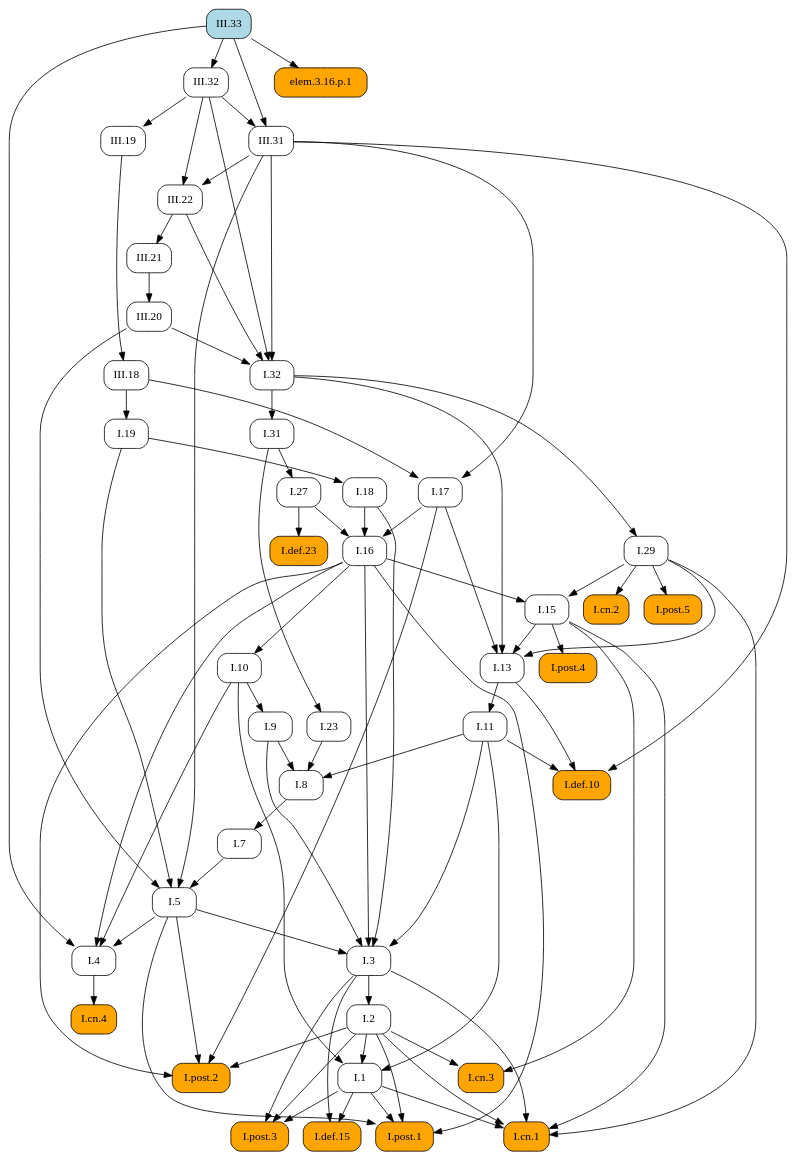
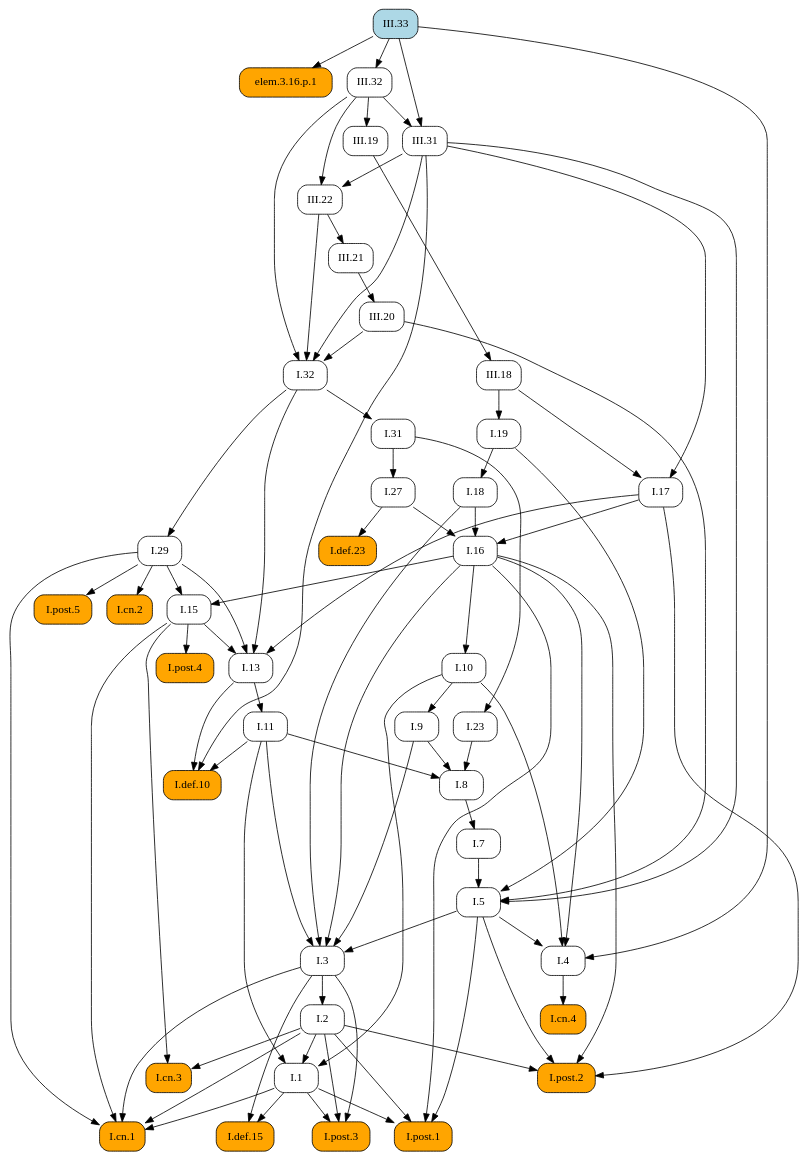
The diagram in docsrc/elements2/III/33/index.rst (geometor/elements), drawn with Graphviz before and after one commit. The commit also changed other lines of this file and 171 other files, not shown here.

```diff
--- a/docsrc/elements2/III/33/index.rst
+++ b/docsrc/elements2/III/33/index.rst
@@ -141,129 +141,129 @@
    digraph {
      rankdir="TB";
      node [shape=box, style=rounded];
+     "I.8" [URL="/elements2/I/8/", target="_top"];
+     "I.32" [URL="/elements2/I/32/", target="_top"];
+     "I.post.1" [style="rounded,filled", fillcolor=orange, URL="/elements2/I/post.1/", target="_top"];
+     "I.5" [URL="/elements2/I/5/", target="_top"];
+     "I.post.5" [style="rounded,filled", fillcolor=orange, URL="/elements2/I/post.5/", target="_top"];
      "I.def.10" [style="rounded,filled", fillcolor=orange, URL="/elements2/I/def.10/", target="_top"];
+     "I.cn.2" [style="rounded,filled", fillcolor=orange, URL="/elements2/I/cn.2/", target="_top"];
      "III.22" [URL="/elements2/III/22/", target="_top"];
-     "I.32" [URL="/elements2/I/32/", target="_top"];
+     "elem.3.16.p.1" [style="rounded,filled", fillcolor=orange];
+     "I.def.15" [style="rounded,filled", fillcolor=orange, URL="/elements2/I/def.15/", target="_top"];
      "III.31" [URL="/elements2/III/31/", target="_top"];
-     "III.33" [style="rounded,filled", fillcolor=lightblue, URL="/elements2/III/33/", target="_top"];
+     "I.31" [URL="/elements2/I/31/", target="_top"];
+     "I.11" [URL="/elements2/I/11/", target="_top"];
+     "I.post.2" [style="rounded,filled", fillcolor=orange, URL="/elements2/I/post.2/", target="_top"];
+     "I.3" [URL="/elements2/I/3/", target="_top"];
+     "I.def.23" [style="rounded,filled", fillcolor=orange, URL="/elements2/I/def.23/", target="_top"];
+     "I.19" [URL="/elements2/I/19/", target="_top"];
+     "I.1" [URL="/elements2/I/1/", target="_top"];
      "I.cn.4" [style="rounded,filled", fillcolor=orange, URL="/elements2/I/cn.4/", target="_top"];
-     "I.def.15" [style="rounded,filled", fillcolor=orange, URL="/elements2/I/def.15/", target="_top"];
-     "I.post.3" [style="rounded,filled", fillcolor=orange, URL="/elements2/I/post.3/", target="_top"];
-     "I.27" [URL="/elements2/I/27/", target="_top"];
-     "I.post.2" [style="rounded,filled", fillcolor=orange, URL="/elements2/I/post.2/", target="_top"];
+     "I.cn.3" [style="rounded,filled", fillcolor=orange, URL="/elements2/I/cn.3/", target="_top"];
+     "III.21" [URL="/elements2/III/21/", target="_top"];
+     "III.20" [URL="/elements2/III/20/", target="_top"];
+     "I.17" [URL="/elements2/I/17/", target="_top"];
+     "I.7" [URL="/elements2/I/7/", target="_top"];
+     "I.9" [URL="/elements2/I/9/", target="_top"];
+     "III.32" [URL="/elements2/III/32/", target="_top"];
+     "I.cn.1" [style="rounded,filled", fillcolor=orange, URL="/elements2/I/cn.1/", target="_top"];
+     "I.29" [URL="/elements2/I/29/", target="_top"];
+     "I.16" [URL="/elements2/I/16/", target="_top"];
+     "III.19" [URL="/elements2/III/19/", target="_top"];
      "I.13" [URL="/elements2/I/13/", target="_top"];
-     "I.10" [URL="/elements2/I/10/", target="_top"];
-     "I.post.1" [style="rounded,filled", fillcolor=orange, URL="/elements2/I/post.1/", target="_top"];
-     "I.7" [URL="/elements2/I/7/", target="_top"];
-     "III.19" [URL="/elements2/III/19/", target="_top"];
-     "I.11" [URL="/elements2/I/11/", target="_top"];
-     "I.4" [URL="/elements2/I/4/", target="_top"];
-     "elem.3.16.p.1" [style="rounded,filled", fillcolor=orange];
-     "I.16" [URL="/elements2/I/16/", target="_top"];
-     "III.32" [URL="/elements2/III/32/", target="_top"];
-     "I.def.23" [style="rounded,filled", fillcolor=orange, URL="/elements2/I/def.23/", target="_top"];
-     "I.9" [URL="/elements2/I/9/", target="_top"];
+     "I.post.4" [style="rounded,filled", fillcolor=orange, URL="/elements2/I/post.4/", target="_top"];
      "I.18" [URL="/elements2/I/18/", target="_top"];
      "I.2" [URL="/elements2/I/2/", target="_top"];
+     "I.27" [URL="/elements2/I/27/", target="_top"];
+     "I.4" [URL="/elements2/I/4/", target="_top"];
      "III.18" [URL="/elements2/III/18/", target="_top"];
+     "I.10" [URL="/elements2/I/10/", target="_top"];
+     "III.33" [style="rounded,filled", fillcolor=lightblue, URL="/elements2/III/33/", target="_top"];
      "I.15" [URL="/elements2/I/15/", target="_top"];
-     "I.cn.2" [style="rounded,filled", fillcolor=orange, URL="/elements2/I/cn.2/", target="_top"];
-     "III.21" [URL="/elements2/III/21/", target="_top"];
-     "I.post.5" [style="rounded,filled", fillcolor=orange, URL="/elements2/I/post.5/", target="_top"];
      "I.23" [URL="/elements2/I/23/", target="_top"];
-     "III.20" [URL="/elements2/III/20/", target="_top"];
-     "I.8" [URL="/elements2/I/8/", target="_top"];
-     "I.1" [URL="/elements2/I/1/", target="_top"];
-     "I.31" [URL="/elements2/I/31/", target="_top"];
-     "I.post.4" [style="rounded,filled", fillcolor=orange, URL="/elements2/I/post.4/", target="_top"];
-     "I.cn.1" [style="rounded,filled", fillcolor=orange, URL="/elements2/I/cn.1/", target="_top"];
-     "I.3" [URL="/elements2/I/3/", target="_top"];
-     "I.cn.3" [style="rounded,filled", fillcolor=orange, URL="/elements2/I/cn.3/", target="_top"];
-     "I.17" [URL="/elements2/I/17/", target="_top"];
-     "I.29" [URL="/elements2/I/29/", target="_top"];
-     "I.19" [URL="/elements2/I/19/", target="_top"];
-     "I.5" [URL="/elements2/I/5/", target="_top"];
-     "I.11" -> "I.def.10";
-     "I.13" -> "I.def.10";
-     "III.31" -> "I.def.10";
-     "III.31" -> "III.22";
-     "III.32" -> "III.22";
+     "I.post.3" [style="rounded,filled", fillcolor=orange, URL="/elements2/I/post.3/", target="_top"];
+     "I.9" -> "I.8";
+     "I.11" -> "I.8";
+     "I.23" -> "I.8";
      "III.20" -> "I.32";
      "III.22" -> "I.32";
      "III.31" -> "I.32";
      "III.32" -> "I.32";
+     "I.1" -> "I.post.1";
+     "I.2" -> "I.post.1";
+     "I.5" -> "I.post.1";
+     "I.16" -> "I.post.1";
+     "I.7" -> "I.5";
+     "I.19" -> "I.5";
+     "III.20" -> "I.5";
+     "III.31" -> "I.5";
+     "I.29" -> "I.post.5";
+     "I.11" -> "I.def.10";
+     "I.13" -> "I.def.10";
+     "III.31" -> "I.def.10";
+     "I.29" -> "I.cn.2";
+     "III.31" -> "III.22";
+     "III.32" -> "III.22";
+     "III.33" -> "elem.3.16.p.1";
+     "I.1" -> "I.def.15";
+     "I.3" -> "I.def.15";
      "III.32" -> "III.31";
      "III.33" -> "III.31";
-     "I.4" -> "I.cn.4";
-     "I.1" -> "I.def.15";
-     "I.3" -> "I.def.15";
-     "I.1" -> "I.post.3";
-     "I.2" -> "I.post.3";
-     "I.3" -> "I.post.3";
-     "I.31" -> "I.27";
+     "I.32" -> "I.31";
+     "I.13" -> "I.11";
      "I.2" -> "I.post.2";
      "I.5" -> "I.post.2";
      "I.16" -> "I.post.2";
      "I.17" -> "I.post.2";
-     "I.15" -> "I.13";
-     "I.17" -> "I.13";
-     "I.29" -> "I.13";
-     "I.32" -> "I.13";
-     "I.16" -> "I.10";
-     "I.1" -> "I.post.1";
-     "I.2" -> "I.post.1";
-     "I.5" -> "I.post.1";
-     "I.16" -> "I.post.1";
-     "I.8" -> "I.7";
-     "III.32" -> "III.19";
-     "I.13" -> "I.11";
-     "I.5" -> "I.4";
-     "I.10" -> "I.4";
-     "I.16" -> "I.4";
-     "III.33" -> "I.4";
-     "III.33" -> "elem.3.16.p.1";
-     "I.17" -> "I.16";
-     "I.18" -> "I.16";
-     "I.27" -> "I.16";
-     "III.33" -> "III.32";
+     "I.5" -> "I.3";
+     "I.9" -> "I.3";
+     "I.11" -> "I.3";
+     "I.16" -> "I.3";
+     "I.18" -> "I.3";
      "I.27" -> "I.def.23";
-     "I.10" -> "I.9";
-     "I.19" -> "I.18";
-     "I.3" -> "I.2";
-     "III.19" -> "III.18";
-     "I.16" -> "I.15";
-     "I.29" -> "I.15";
-     "I.29" -> "I.cn.2";
-     "III.22" -> "III.21";
-     "I.29" -> "I.post.5";
-     "I.31" -> "I.23";
-     "III.21" -> "III.20";
-     "I.9" -> "I.8";
-     "I.11" -> "I.8";
-     "I.23" -> "I.8";
+     "III.18" -> "I.19";
      "I.2" -> "I.1";
      "I.10" -> "I.1";
      "I.11" -> "I.1";
-     "I.32" -> "I.31";
-     "I.15" -> "I.post.4";
+     "I.4" -> "I.cn.4";
+     "I.2" -> "I.cn.3";
+     "I.15" -> "I.cn.3";
+     "III.22" -> "III.21";
+     "III.21" -> "III.20";
+     "III.18" -> "I.17";
+     "III.31" -> "I.17";
+     "I.8" -> "I.7";
+     "I.10" -> "I.9";
+     "III.33" -> "III.32";
      "I.1" -> "I.cn.1";
      "I.2" -> "I.cn.1";
      "I.3" -> "I.cn.1";
      "I.15" -> "I.cn.1";
      "I.29" -> "I.cn.1";
-     "I.5" -> "I.3";
-     "I.9" -> "I.3";
-     "I.11" -> "I.3";
-     "I.16" -> "I.3";
-     "I.18" -> "I.3";
-     "I.2" -> "I.cn.3";
-     "I.15" -> "I.cn.3";
-     "III.18" -> "I.17";
-     "III.31" -> "I.17";
      "I.32" -> "I.29";
-     "III.18" -> "I.19";
-     "I.7" -> "I.5";
-     "I.19" -> "I.5";
-     "III.20" -> "I.5";
-     "III.31" -> "I.5";
+     "I.17" -> "I.16";
+     "I.18" -> "I.16";
+     "I.27" -> "I.16";
+     "III.32" -> "III.19";
+     "I.15" -> "I.13";
+     "I.17" -> "I.13";
+     "I.29" -> "I.13";
+     "I.32" -> "I.13";
+     "I.15" -> "I.post.4";
+     "I.19" -> "I.18";
+     "I.3" -> "I.2";
+     "I.31" -> "I.27";
+     "I.5" -> "I.4";
+     "I.10" -> "I.4";
+     "I.16" -> "I.4";
+     "III.33" -> "I.4";
+     "III.19" -> "III.18";
+     "I.16" -> "I.10";
+     "I.16" -> "I.15";
+     "I.29" -> "I.15";
+     "I.31" -> "I.23";
+     "I.1" -> "I.post.3";
+     "I.2" -> "I.post.3";
+     "I.3" -> "I.post.3";
    }
```
